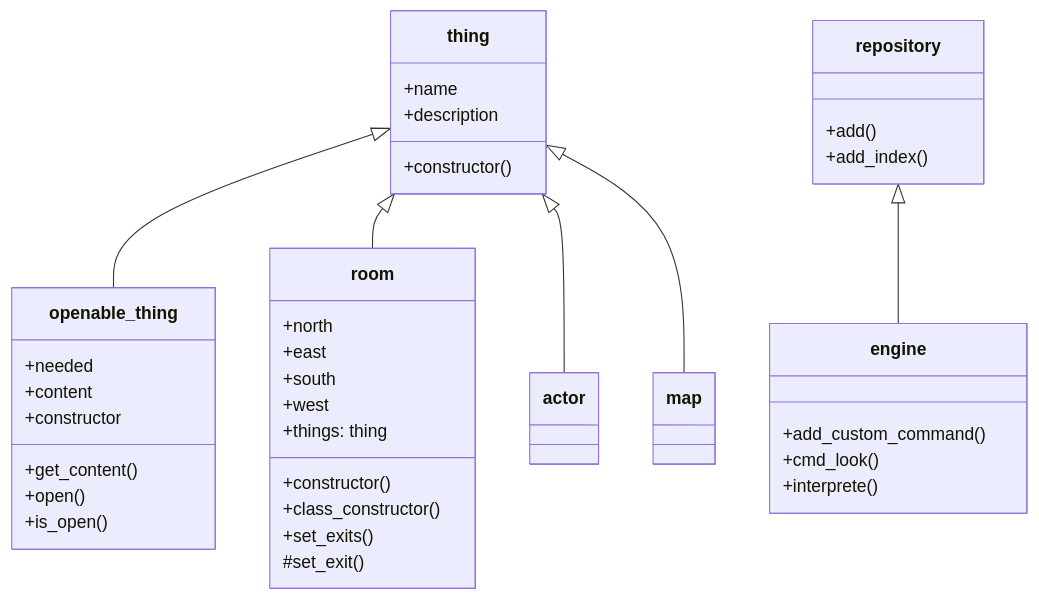
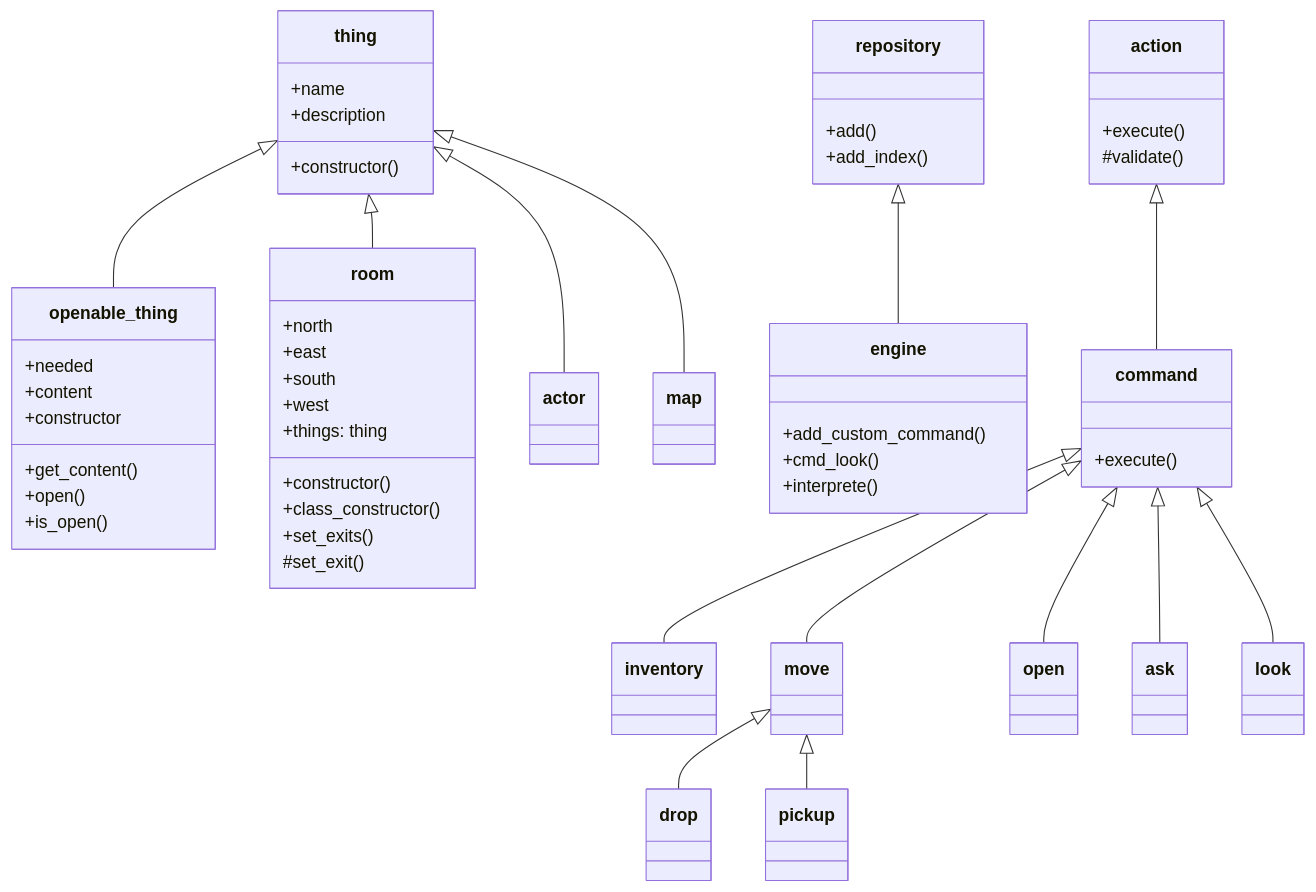
Before and after one commit to nomssi/axage: the diagram in README.md, drawn with Mermaid.

````diff
--- a/README.md
+++ b/README.md
@@ -60,48 +60,65 @@
 ```mermaid
 classDiagram
   thing <|-- openable_thing
   thing <|-- room
   thing <|-- actor
   thing <|-- map
   repository <|-- engine
+  action <|-- command
+  command <|-- inventory
+  command <|-- move
+  move <|-- drop
+  move <|-- pickup
+command <|-- open
+command <|-- ask
+command <|-- look
       
 class repository{   
     +add()
     +add_index()  
   }
 
 class engine{   
     +add_custom_command()
     +cmd_look()      
     +interprete()  
   }
+
+class action{ 
+    +execute()
+    #validate()
+    }
+
+class command{ 
+    +execute()
+    }
 
 class thing{ 
     +name
     +description 
     +constructor()
     }
     
   class openable_thing{ 
     +needed 
     +content
     +constructor
     +get_content()
     +open()
     +is_open()
     }
 
   
   class room{
     +north
     +east
     +south
     +west
     +things: thing
     +constructor()
     +class_constructor()
     +set_exits()
     #set_exit()
    
   }
 ```
````
